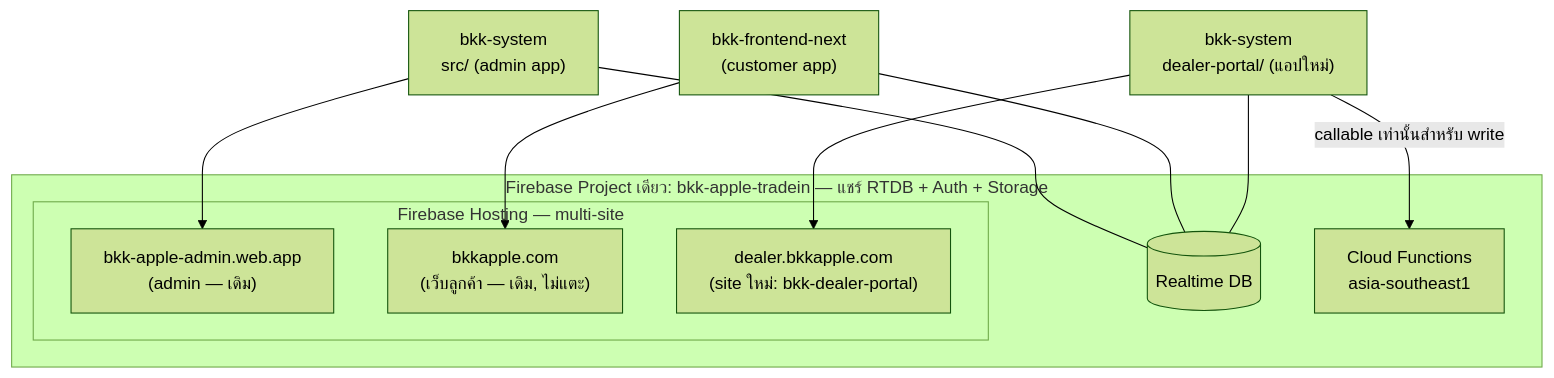
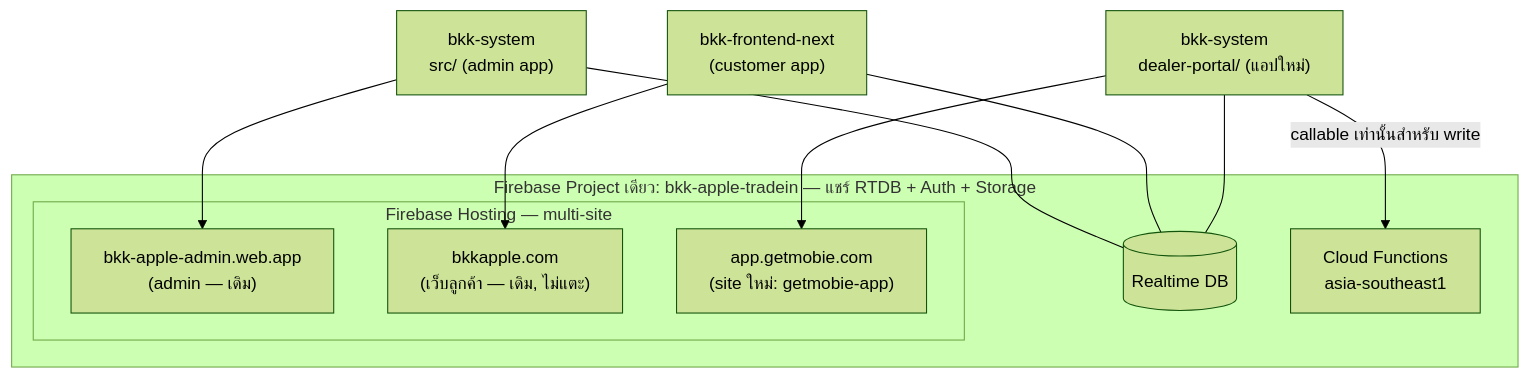
One commit to panuwat-bkkapple/bkk-system changed the first of 3 diagrams in docs/dealer-portal-design.md. Above: the diagram before and after it, drawn with Mermaid (forest theme). The commit also changed other lines of this file and 10 other files, not shown here.

First line of the commit message:
feat(dealer): แยกแบรนด์ฝั่งขายส่งเป็น GETMOBIE (บริษัท เก็ทโมบี้ จำกัด) — โดเมน app.getmobie.com

````diff
--- a/docs/dealer-portal-design.md
+++ b/docs/dealer-portal-design.md
@@ -38,17 +38,17 @@
 ```mermaid
 flowchart TB
   subgraph project [Firebase Project เดียว: bkk-apple-tradein — แชร์ RTDB + Auth + Storage]
     subgraph sites [Firebase Hosting — multi-site]
       H1["bkk-apple-admin.web.app<br/>(admin — เดิม)"]
       H2["bkkapple.com<br/>(เว็บลูกค้า — เดิม, ไม่แตะ)"]
-      H3["dealer.bkkapple.com<br/>(site ใหม่: bkk-dealer-portal)"]
+      H3["app.getmobie.com<br/>(site ใหม่: getmobie-app)"]
     end
     RTDB[(Realtime DB)]
     FN["Cloud Functions<br/>asia-southeast1"]
   end
   A["bkk-system<br/>src/ (admin app)"] --> H1
   C["bkk-frontend-next<br/>(customer app)"] --> H2
   D["bkk-system<br/>dealer-portal/ (แอปใหม่)"] --> H3
   A & C & D --- RTDB
   D -- "callable เท่านั้นสำหรับ write" --> FN
 ```
````
